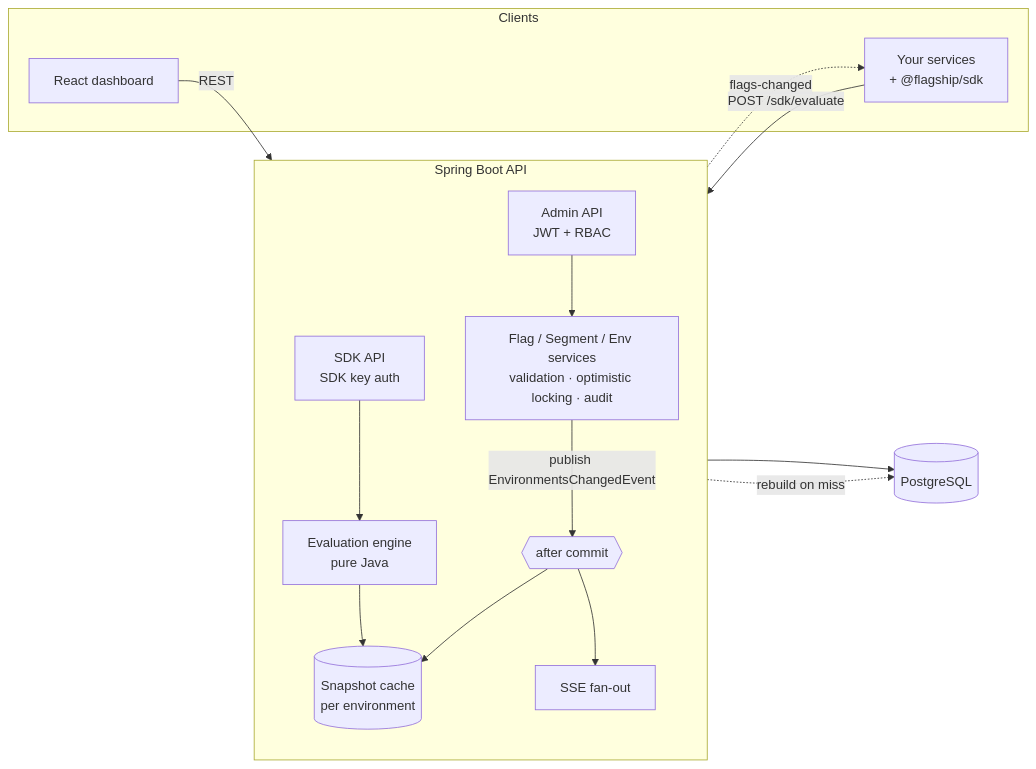
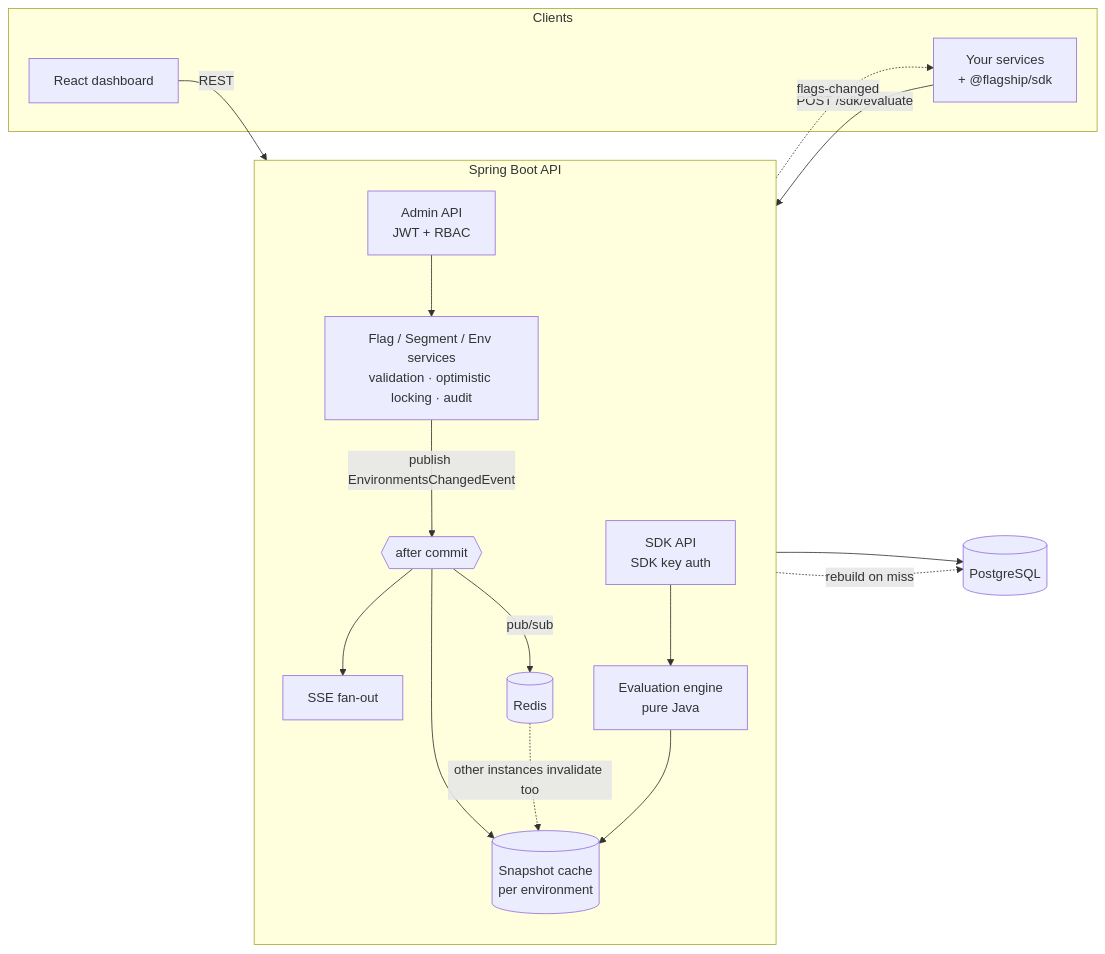
Before and after one commit to Arpeet17/feature-flag-platform: the diagram in README.md, drawn with Mermaid. The commit also changed other lines of this file and 25 other files, not shown here.

First line of the commit message:
Keep instance caches in sync with Redis pub/sub

````diff
--- a/README.md
+++ b/README.md
@@ -25,23 +26,25 @@
 ```mermaid
 flowchart LR
   subgraph Clients
     UI[React dashboard]
     APP[Your services<br/>+ @flagship/sdk]
   end
 
   subgraph API[Spring Boot API]
     direction TB
     ADM[Admin API<br/>JWT + RBAC] --> SVC[Flag / Segment / Env services<br/>validation · optimistic locking · audit]
     SVC -->|publish EnvironmentsChangedEvent| EVT{{after commit}}
     EVT --> CACHE[(Snapshot cache<br/>per environment)]
     EVT --> SSE[SSE fan-out]
+    EVT -->|pub/sub| REDIS[(Redis)]
+    REDIS -.->|other instances invalidate too| CACHE
     SDKAPI[SDK API<br/>SDK key auth] --> ENG[Evaluation engine<br/>pure Java]
     ENG --> CACHE
   end
 
   UI -->|REST| ADM
   APP -->|POST /sdk/evaluate| SDKAPI
   SSE -.->|flags-changed| APP
   SVC --> DB[(PostgreSQL)]
   CACHE -.->|rebuild on miss| DB
 ```
````
